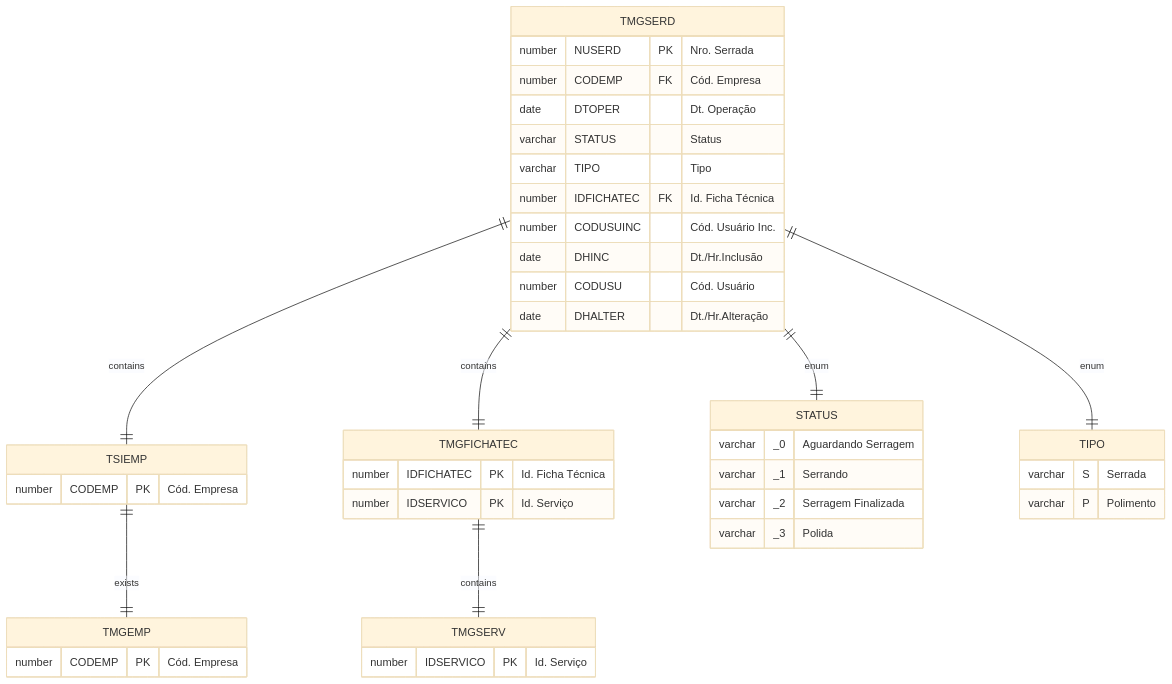
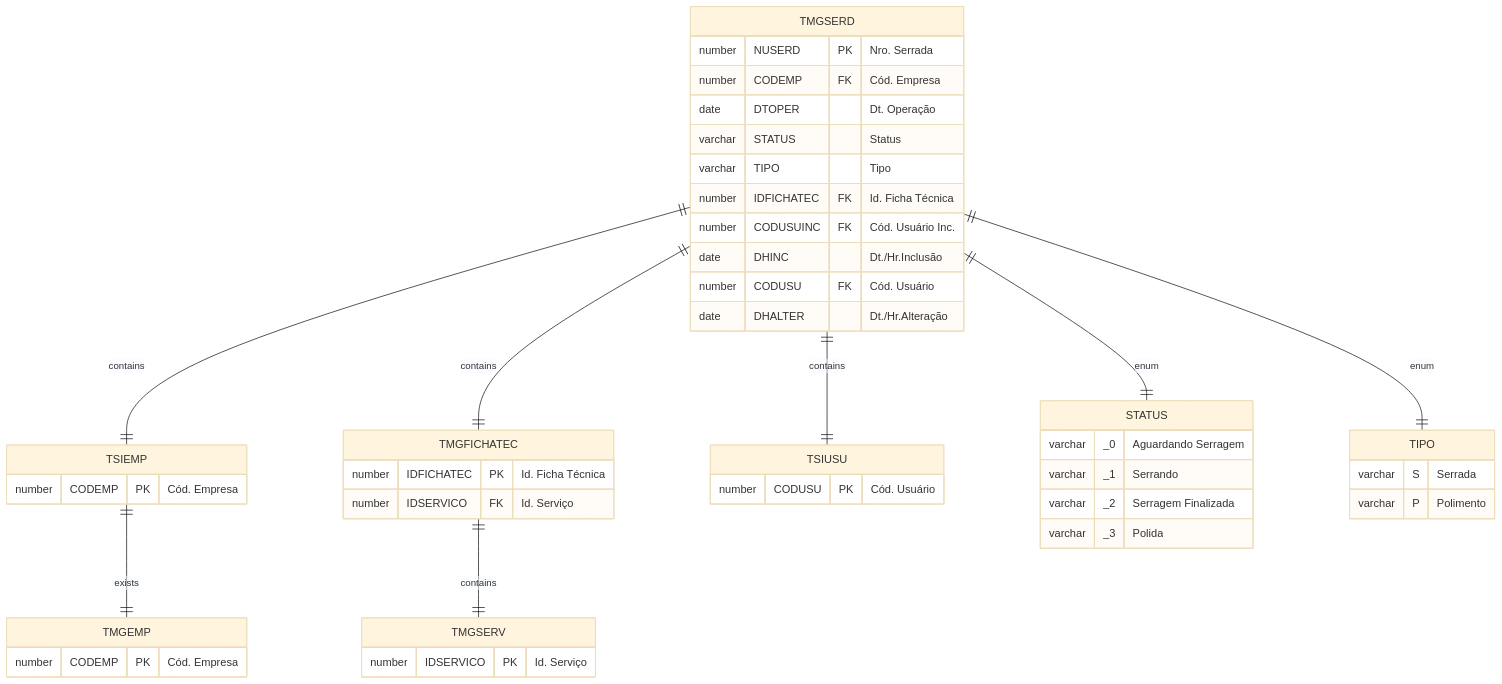
One commit to cbmsoft/margrandocs changed the diagram in docs/_database/TMGSERD.md. Above: the diagram before and after it, drawn with Mermaid (base theme). The commit also changed other lines of this file and 4 other files, not shown here.

````diff
--- a/docs/_database/TMGSERD.md
+++ b/docs/_database/TMGSERD.md
@@ -42,46 +43,50 @@
 ```mermaid
 erDiagram
     TMGSERD ||--|| TSIEMP : contains
     TMGSERD ||--|| TMGFICHATEC : contains
     TMGFICHATEC ||--|| TMGSERV : contains
+    TMGSERD ||--|| TSIUSU : contains
     TMGSERD ||--|| STATUS : enum
     TMGSERD ||--|| TIPO : enum
     
     TSIEMP ||--|| TMGEMP : exists
 
     TMGSERD {
         number NUSERD PK "Nro. Serrada"
         number CODEMP FK "Cód. Empresa"
         date DTOPER "Dt. Operação"
         varchar STATUS "Status"
         varchar TIPO "Tipo"
         number IDFICHATEC FK "Id. Ficha Técnica"
-        number CODUSUINC "Cód. Usuário Inc."
+        number CODUSUINC FK "Cód. Usuário Inc."
         date DHINC "Dt./Hr.Inclusão"
-        number CODUSU "Cód. Usuário"
+        number CODUSU FK "Cód. Usuário"
         date DHALTER "Dt./Hr.Alteração"
     }
     TMGFICHATEC {
         number IDFICHATEC PK "Id. Ficha Técnica"
-		number IDSERVICO PK "Id. Serviço"
+		number IDSERVICO FK "Id. Serviço"
     }
 	TMGSERV {
 		number IDSERVICO PK "Id. Serviço"
 	}
+    TSIUSU {
+        number CODUSU PK "Cód. Usuário"
+    }
     STATUS {
         varchar _0 "Aguardando Serragem"
         varchar _1 "Serrando"
         varchar _2 "Serragem Finalizada"
         varchar _3 "Polida"
 	}
     TIPO {
         varchar S "Serrada"
         varchar P "Polimento"
 	}
     TSIEMP {
         number CODEMP PK "Cód. Empresa"
     }
     TMGEMP {
         number CODEMP PK "Cód. Empresa"
     }
 ```
````
